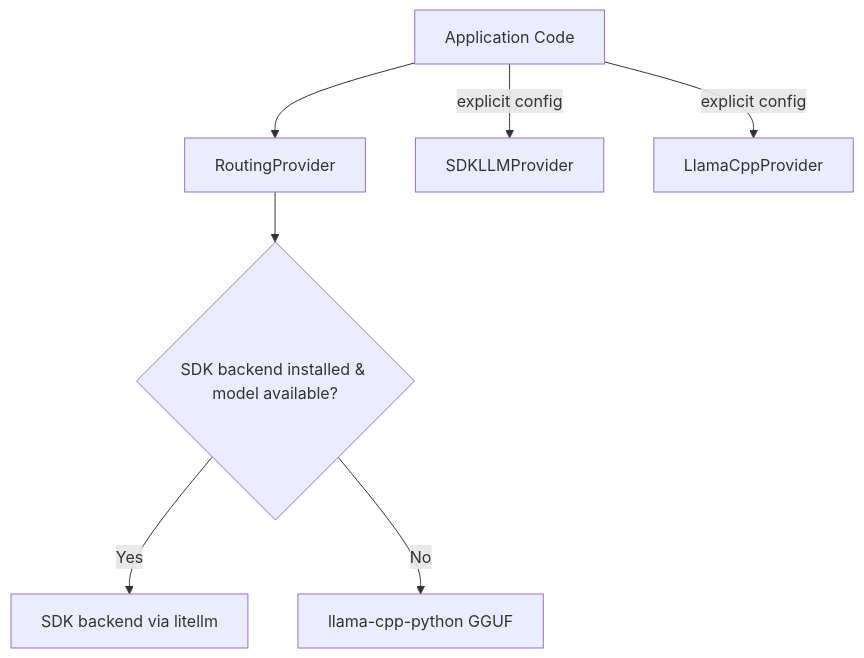
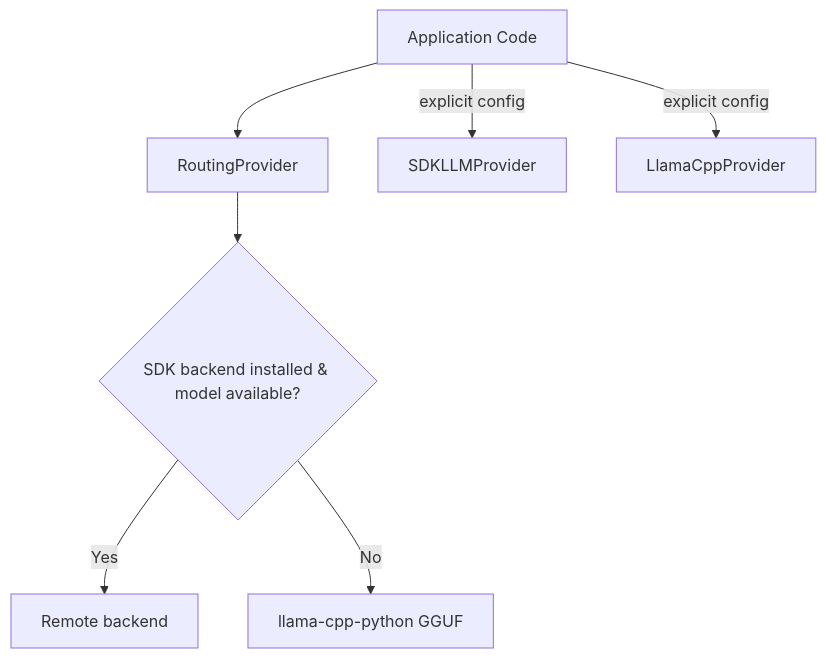
One commit to tobocop2/lilbee changed the second of 6 diagrams in docs/architecture.md. Above: the diagram before and after it, drawn with Mermaid. The commit also changed other lines of this file and 49 other files, not shown here.

````diff
--- a/docs/architecture.md
+++ b/docs/architecture.md
@@ -95,10 +95,10 @@
 ```mermaid
 flowchart TD
     APP[Application Code] --> ROUTE[RoutingProvider]
     ROUTE --> CHECK{SDK backend installed & model available?}
-    CHECK -->|Yes| SDK_BACK[SDK backend via litellm]
+    CHECK -->|Yes| SDK_BACK[Remote backend]
     CHECK -->|No| LCPP[llama-cpp-python GGUF]
 
     APP -->|explicit config| SDK_P[SDKLLMProvider]
     APP -->|explicit config| LCPP_P[LlamaCppProvider]
 ```
````
